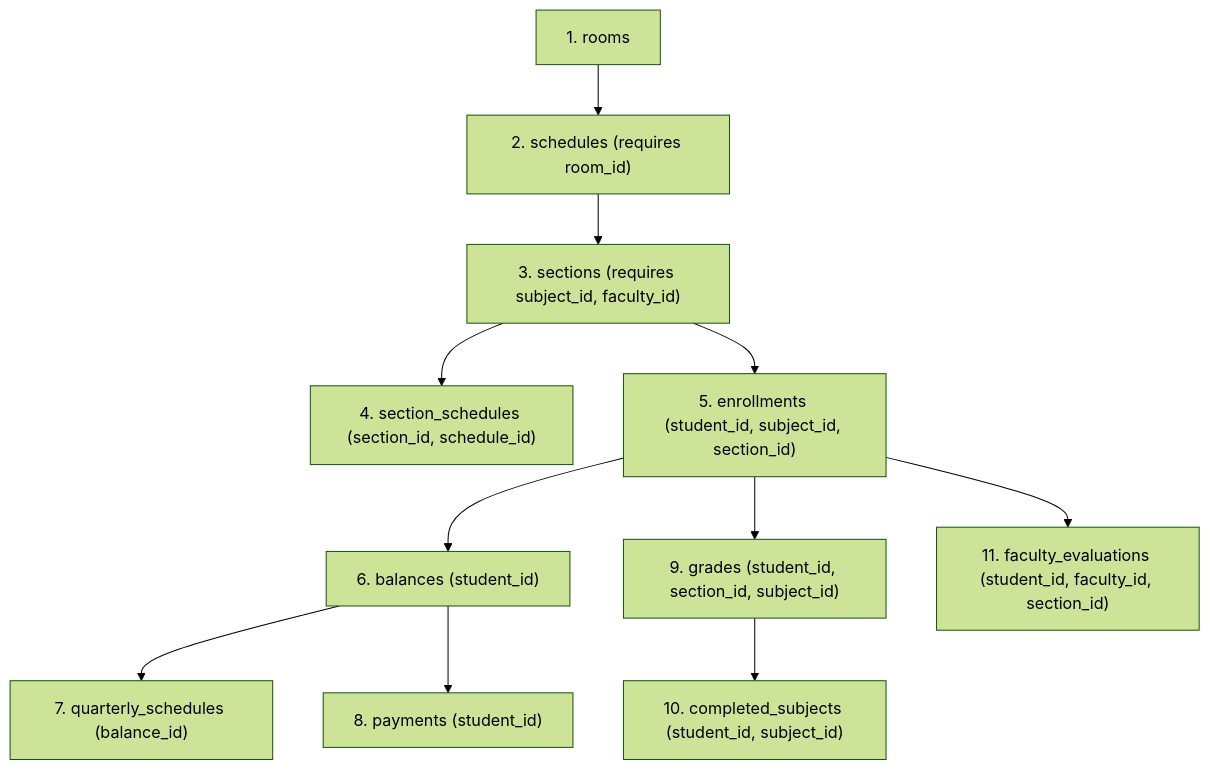
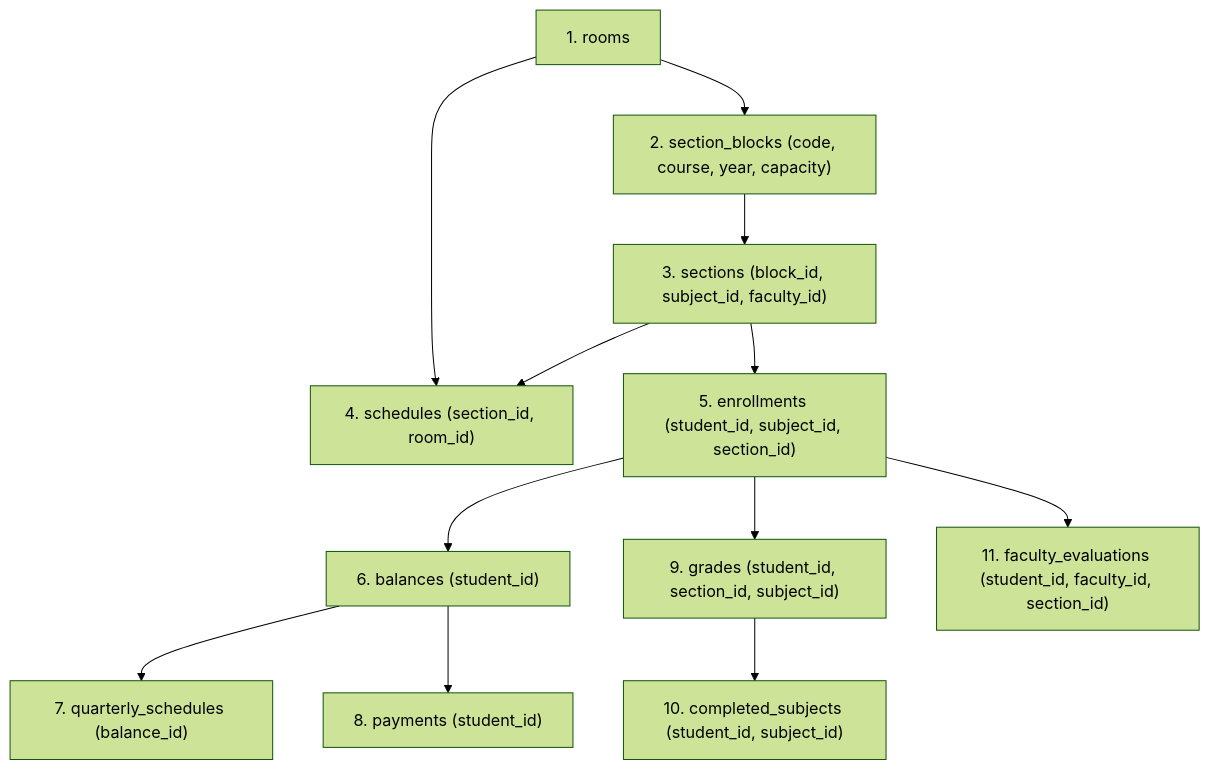
One commit to gwjsah/SchoolSystemSpringProject changed the diagram in DATABASE_POPULATION_GUIDE.md. Above: the diagram before and after it, drawn with Mermaid (forest theme). The commit also changed other lines of this file and 24 other files, not shown here.

````diff
--- a/DATABASE_POPULATION_GUIDE.md
+++ b/DATABASE_POPULATION_GUIDE.md
@@ -39,13 +39,14 @@
 ```mermaid
 flowchart TD
-    Rooms["1. rooms"] --> Schedules["2. schedules (requires room_id)"]
-    Schedules --> Sections["3. sections (requires subject_id, faculty_id)"]
-    Sections --> SectionSchedules["4. section_schedules (section_id, schedule_id)"]
+    Rooms["1. rooms"] --> SectionBlocks["2. section_blocks (code, course, year, capacity)"]
+    SectionBlocks --> Sections["3. sections (block_id, subject_id, faculty_id)"]
+    Rooms --> Schedules["4. schedules (section_id, room_id)"]
+    Sections --> Schedules
     Sections --> Enrollments["5. enrollments (student_id, subject_id, section_id)"]
     Enrollments --> Balances["6. balances (student_id)"]
     Balances --> QuarterlySchedules["7. quarterly_schedules (balance_id)"]
     Balances --> Payments["8. payments (student_id)"]
     Enrollments --> Grades["9. grades (student_id, section_id, subject_id)"]
     Grades --> CompletedSubjects["10. completed_subjects (student_id, subject_id)"]
     Enrollments --> FacultyEvaluations["11. faculty_evaluations (student_id, faculty_id, section_id)"]
 ```
````
